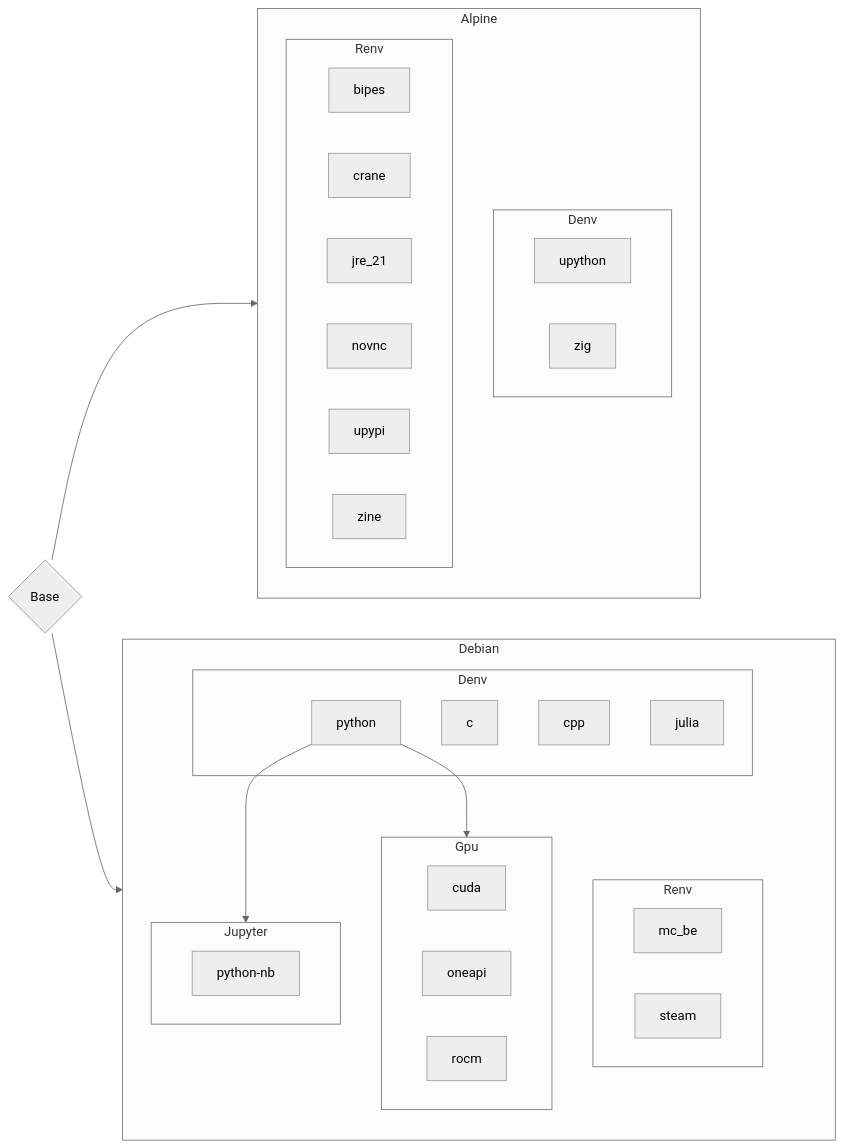
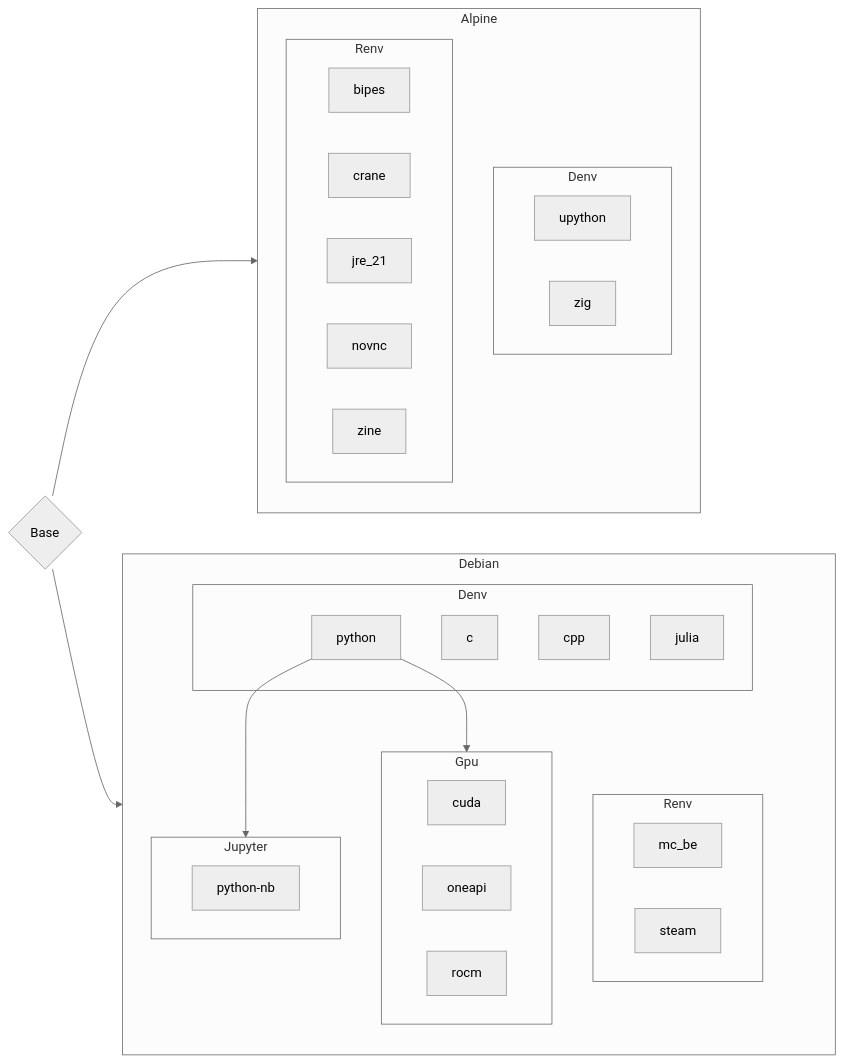
Before and after one commit to ben0i0d/cenv: the diagram in README.md, drawn with Mermaid (neutral theme). The commit also changed 1 other file, not shown here.

Commit message:
remove upypi

````diff
--- a/README.md
+++ b/README.md
@@ -58,48 +58,47 @@
 ```mermaid
 graph LR
 
 B{Base} --> Alpine
 B --> Debian
 
 subgraph Alpine
     subgraph AD[Denv]
     upython
     zig
     end
     
     subgraph AR[Renv]
     bipes
     crane
     jre_21
     novnc
-    upypi
     zine
     end
 end
 
 subgraph Debian
     subgraph DD[Denv]
     c
     cpp
     julia
     python
     end
 
     subgraph DR[Renv]
     mc_be
     steam
     end
 
     python-->Gpu
     subgraph Gpu
     cuda
     oneapi
     rocm
     end
 
     python-->Jupyter
     subgraph Jupyter
     python-nb
     end
 end
 ```
````
